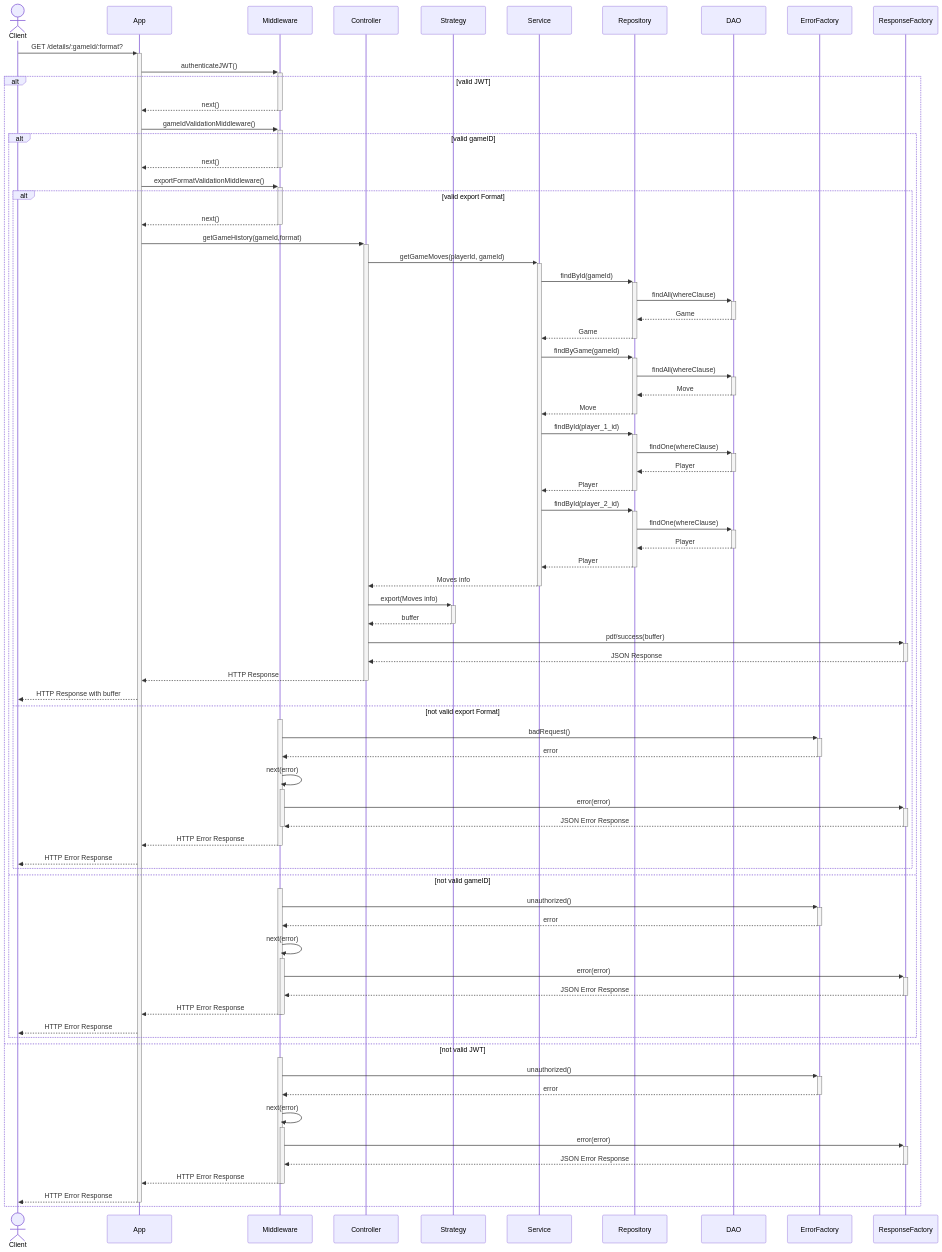
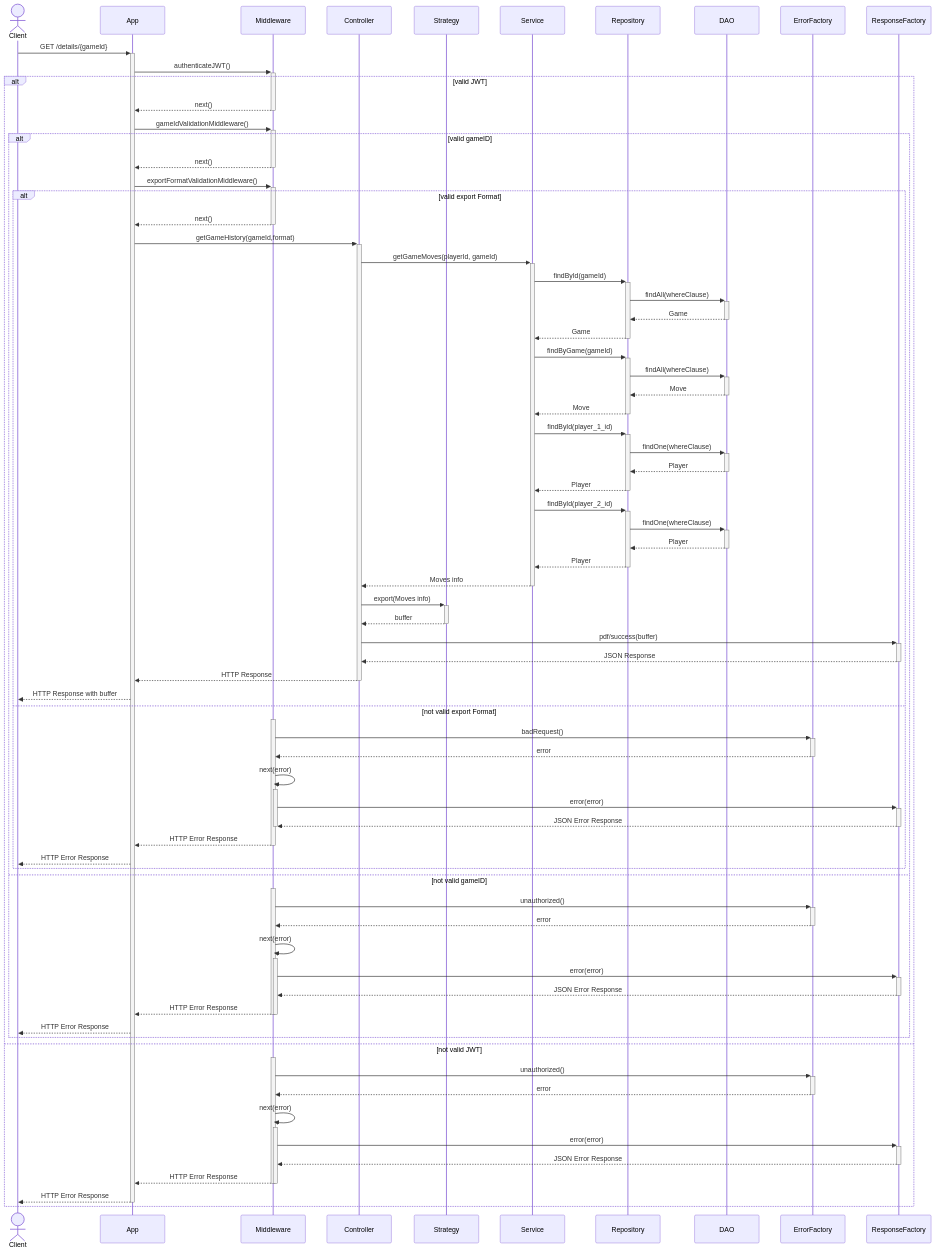
The seventh of 7 diagrams in README.md (nicolobartolinii/chess-backend), drawn with Mermaid before and after one commit. The commit also changed other lines of this file and 12 other files, not shown here.

````diff
--- a/README.md
+++ b/README.md
@@ -2130,83 +1174,82 @@
 ```mermaid
 sequenceDiagram
     actor Client
     participant App
     participant Middleware
     participant Controller
     participant Strategy
     participant Service
     participant Repository
     participant DAO
     participant ErrorFactory
     participant ResponseFactory
-
-    Client ->>+ App: GET /details/:gameId/:format?
+    Client ->>+ App: GET /details/{gameId}
     App ->>+ Middleware: authenticateJWT()
     alt valid JWT
         Middleware -->>- App: next()
         App ->>+ Middleware: gameIdValidationMiddleware()
         alt valid gameID
             Middleware -->>- App: next()
             App ->>+ Middleware: exportFormatValidationMiddleware()
             alt valid export Format
                 Middleware -->>- App: next()
                 App ->>+ Controller: getGameHistory(gameId,format)
                 Controller ->>+ Service: getGameMoves(playerId, gameId)
                 Service ->>+ Repository: findById(gameId)
                 Repository ->>+ DAO: findAll(whereClause)
                 DAO -->>- Repository: Game
                 Repository -->>- Service: Game
-                Service ->>+ Repository : findByGame(gameId)
+                Service ->>+ Repository: findByGame(gameId)
                 Repository ->>+ DAO: findAll(whereClause)
-                DAO -->>- Repository : Move
+                DAO -->>- Repository: Move
                 Repository -->>- Service: Move
-                Service ->>+ Repository : findById(player_1_id)
-                Repository ->>+ DAO : findOne(whereClause)
-                DAO -->>- Repository : Player
+                Service ->>+ Repository: findById(player_1_id)
+                Repository ->>+ DAO: findOne(whereClause)
+                DAO -->>- Repository: Player
                 Repository -->>- Service: Player
-                Service ->>+ Repository : findById(player_2_id)
-                Repository ->>+ DAO : findOne(whereClause)
-                DAO -->>- Repository : Player
+                Service ->>+ Repository: findById(player_2_id)
+                Repository ->>+ DAO: findOne(whereClause)
+                DAO -->>- Repository: Player
                 Repository -->>- Service: Player
                 Service -->>- Controller: Moves info
                 Controller ->>+ Strategy: export(Moves info)
                 Strategy -->>- Controller: buffer
                 Controller ->>+ ResponseFactory: pdf/success(buffer)
                 ResponseFactory -->>- Controller: JSON Response
                 Controller -->>- App: HTTP Response
                 App -->> Client: HTTP Response with buffer
             else not valid export Format
                 activate Middleware
                 Middleware ->>+ ErrorFactory: badRequest()
                 ErrorFactory -->>- Middleware: error
                 Middleware ->>+ Middleware: next(error)
                 Middleware ->>+ ResponseFactory: error(error)
                 ResponseFactory -->>- Middleware: JSON Error Response
                 deactivate Middleware
                 Middleware -->>- App: HTTP Error Response
                 App -->> Client: HTTP Error Response
             end
         else not valid gameID
             activate Middleware
             Middleware ->>+ ErrorFactory: unauthorized()
             ErrorFactory -->>- Middleware: error
             Middleware ->>+ Middleware: next(error)
             Middleware ->>+ ResponseFactory: error(error)
             ResponseFactory -->>- Middleware: JSON Error Response
             Middleware -->>- App: HTTP Error Response
             deactivate Middleware
             App -->> Client: HTTP Error Response
         end
     else not valid JWT
         activate Middleware
         Middleware ->>+ ErrorFactory: unauthorized()
         ErrorFactory -->>- Middleware: error
         Middleware ->>+ Middleware: next(error)
         Middleware ->>+ ResponseFactory: error(error)
         ResponseFactory -->>- Middleware: JSON Error Response
         Middleware -->>- App: HTTP Error Response
         deactivate Middleware
         App -->>- Client: HTTP Error Response
     end
 
 ```
````
